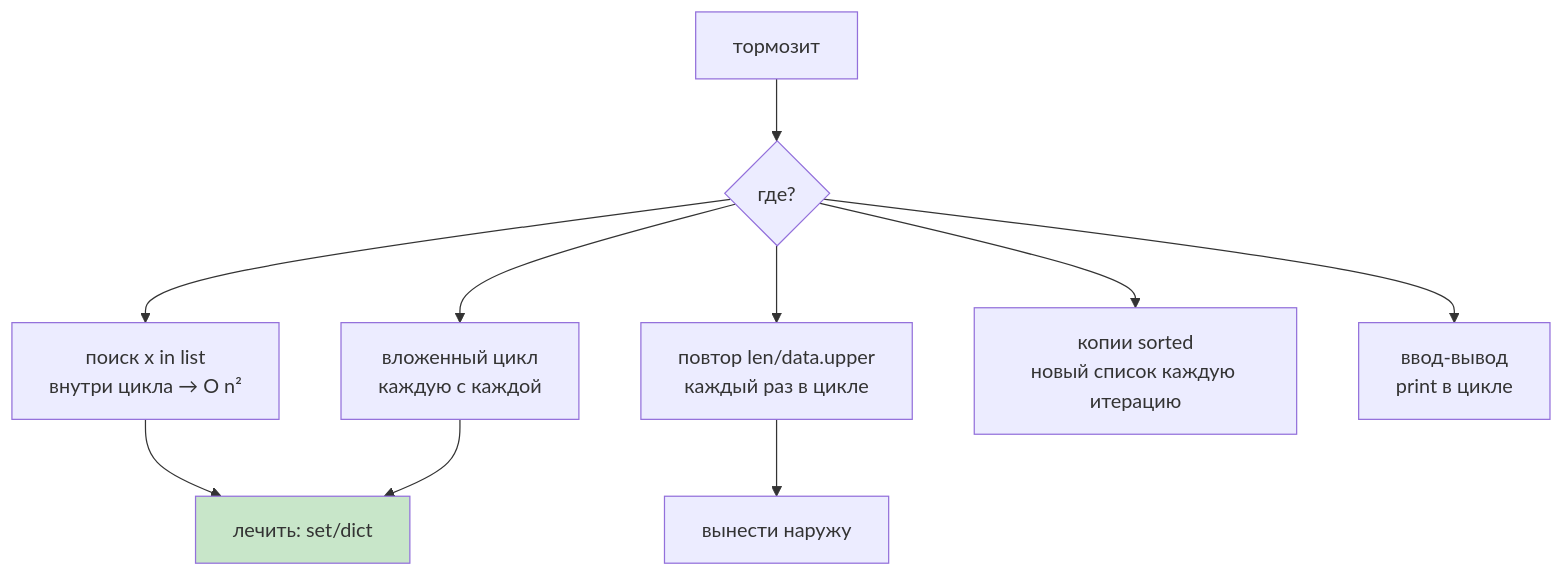
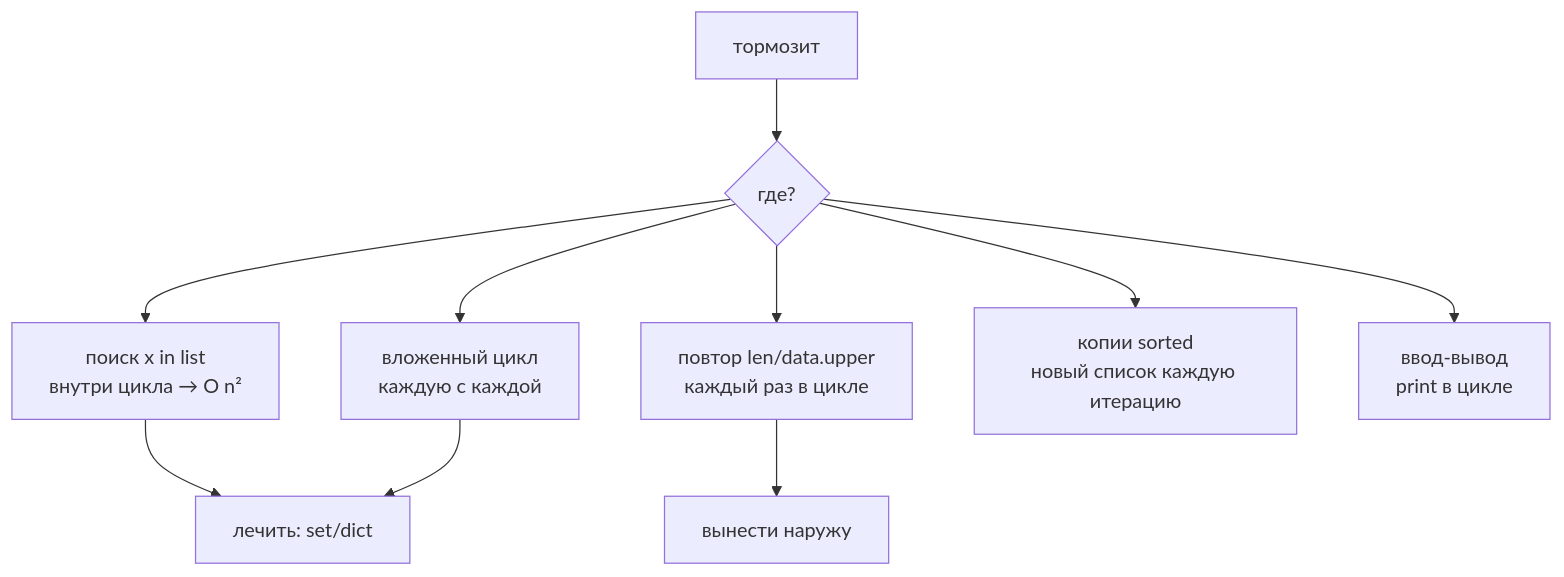
One commit to JayStorm228/College changed the third of 4 diagrams in 02_Курсы/01. Инженерные практики Python/01_Лекции/10. Сложность и производительность.md. Above: the diagram before and after it, drawn with Mermaid. The commit also changed other lines of this file and 30 other files, not shown here.

First line of the commit message:
переименование NumPy лекций под академические заголовки + стандартные диаграммы

````diff
--- a/02_Курсы/01. Инженерные практики Python/01_Лекции/10. Сложность и производительность.md
+++ b/02_Курсы/01. Инженерные практики Python/01_Лекции/10. Сложность и производительность.md
@@ -177,13 +175,12 @@
 ```mermaid
 flowchart TD
   A[тормозит] --> B{где?}
   B --> C[поиск x in list<br>внутри цикла → O n²]
   B --> D[вложенный цикл<br>каждую с каждой]
   B --> E[повтор len/data.upper<br>каждый раз в цикле]
   B --> F[копии sorted<br>новый список каждую итерацию]
   B --> G[ввод-вывод<br>print в цикле]
   C --> H[лечить: set/dict]
   D --> H
   E --> I[вынести наружу]
-  style H fill:#c8e6c9
 ```
````
